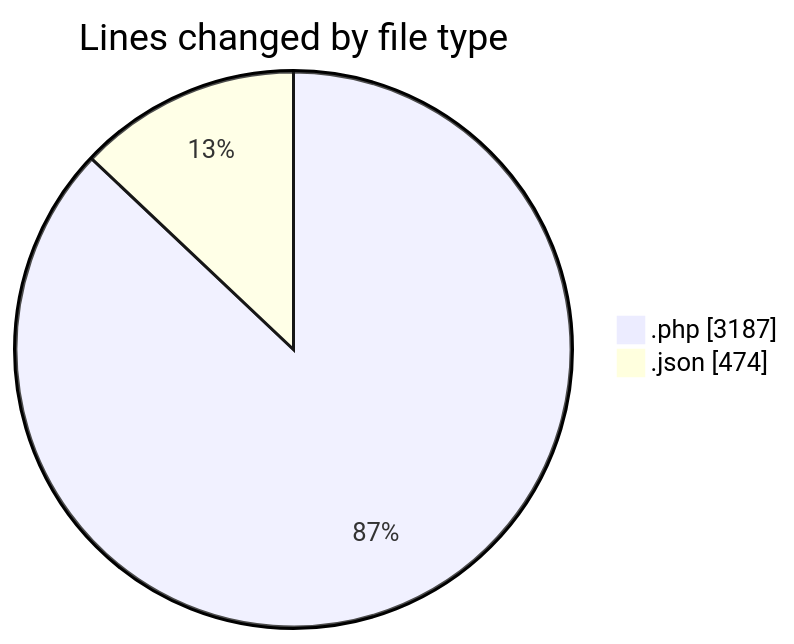
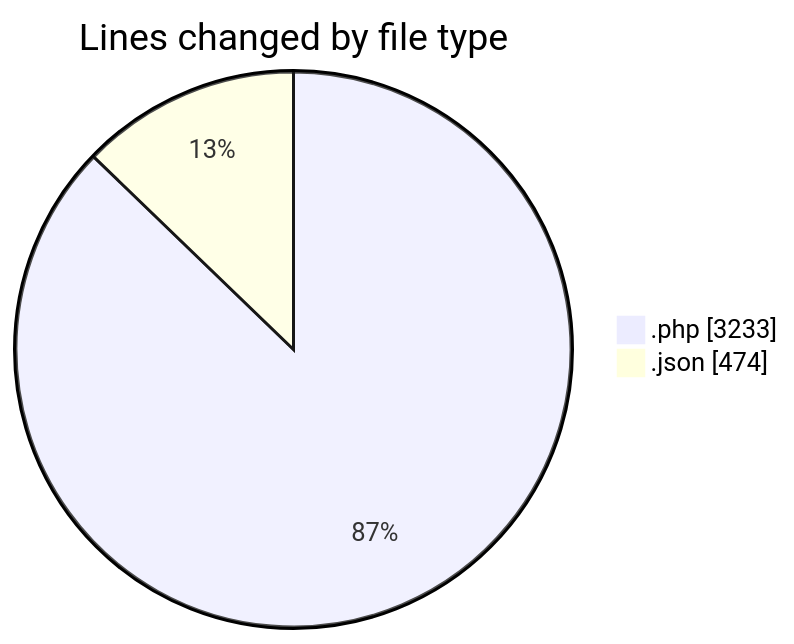
Before and after one commit to idhammustaqopulfikri/code-tracking: the first of 2 diagrams in 2025-06-16/studio-backend/README.md, drawn with Mermaid. The commit also changed other lines of this file and 1 other file, not shown here.

````diff
--- a/2025-06-16/studio-backend/README.md
+++ b/2025-06-16/studio-backend/README.md
@@ -36,6 +36,6 @@
 ```mermaid
 pie showData
 title Lines changed by file type
-".php" : 3187
+".php" : 3233
 ".json" : 474
 ```
````
